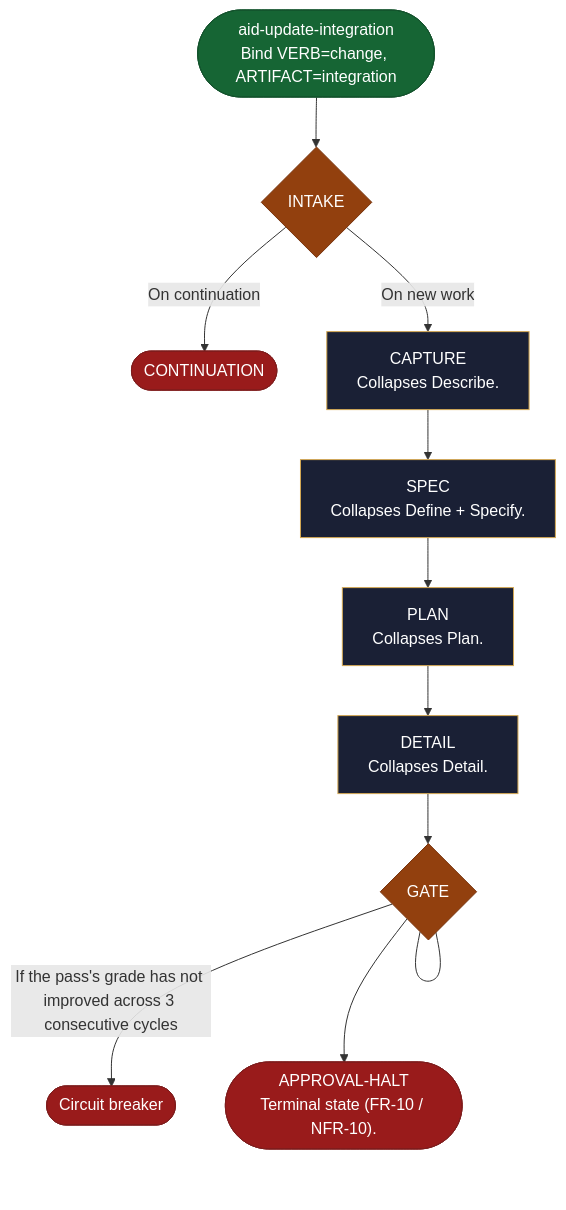
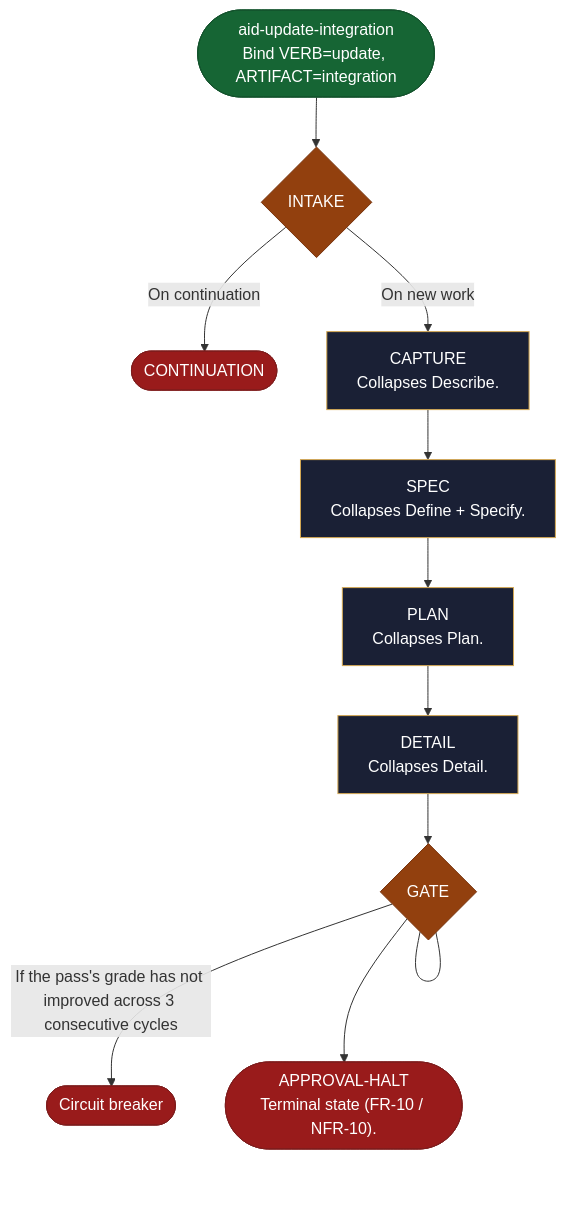
Before and after one commit to AndreVianna/aid-methodology: the diagram in site/src/content/docs/skills/aid-update-integration.md, drawn with Mermaid. The commit also changed other lines of this file and 99 other files, not shown here.

````diff
--- a/site/src/content/docs/skills/aid-update-integration.md
+++ b/site/src/content/docs/skills/aid-update-integration.md
@@ -20,49 +20,49 @@
 ```mermaid
 flowchart TB
   classDef aidNode color:#fff
   classDef aidEntry fill:#166534,stroke:#14532d,color:#fff
   classDef aidExit fill:#991b1b,stroke:#7f1d1d,color:#fff
   classDef aidDecision fill:#92400e,stroke:#78350f,color:#fff
   classDef aidLoopBack fill:#1e3a8a,stroke:#1e3a8a,color:#fff
   classDef aidStep fill:#1a2035,stroke:#d4a853,color:#f1f5f9
-  n1(["aid-update-integration<br/>Bind VERB=change, ARTIFACT=integration"])
+  n1(["aid-update-integration<br/>Bind VERB=update, ARTIFACT=integration"])
   n2{"INTAKE"}
   n3(["CONTINUATION"])
   n4["CAPTURE<br/>Collapses Describe."]
   n5["SPEC<br/>Collapses Define + Specify."]
   n6["PLAN<br/>Collapses Plan."]
   n7["DETAIL<br/>Collapses Detail."]
   n8{"GATE"}
   n9(["Circuit breaker"])
   n10(["APPROVAL-HALT<br/>Terminal state (FR-10 / NFR-10)."])
   n1 --> n2
   n2 -->|"On continuation"| n3
   n2 -->|"On new work"| n4
   n4 --> n5
   n5 --> n6
   n6 --> n7
   n7 --> n8
   n8 --- n8
   n8 -->|"If the pass's grade has not improved across 3 consecutive cycles"| n9
   n8 --> n10
   class n1 aidEntry
   class n2 aidDecision
   class n3 aidExit
   class n4 aidStep
   class n5 aidStep
   class n6 aidStep
   class n7 aidStep
   class n8 aidDecision
   class n9 aidExit
   class n10 aidExit
   class n1 aidNode
   class n2 aidNode
   class n3 aidNode
   class n4 aidNode
   class n5 aidNode
   class n6 aidNode
   class n7 aidNode
   class n8 aidNode
   class n9 aidNode
   class n10 aidNode
 ```
````
